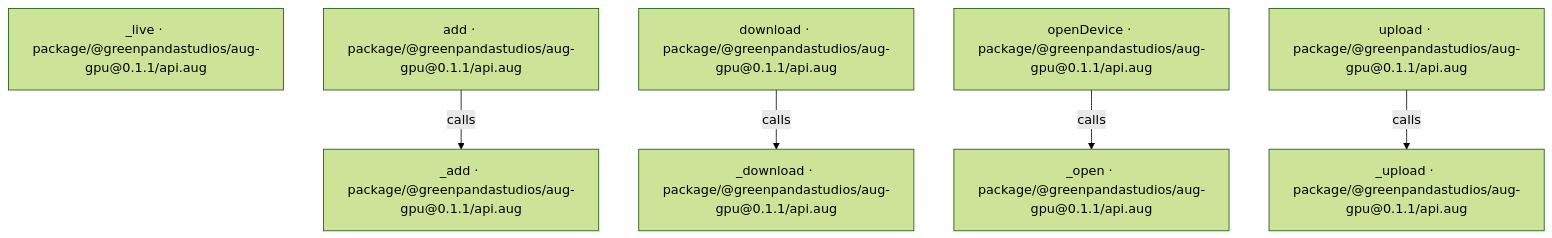
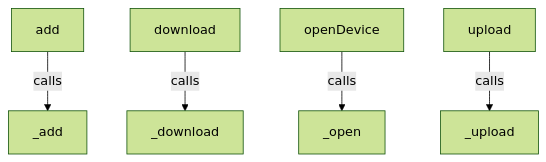
Before and after one commit to GreenPandaStudios/augscript: the first of 5 diagrams in docs/examples/native-gpu/dependencies/packages/@greenpandastudios/aug-gpu/0.1.1/api-diagrams.md, drawn with Mermaid (forest theme). The commit also changed other lines of this file and 524 other files, not shown here.

Commit message:
Explain checked data flow at folder and service levels

````diff
--- a/docs/examples/native-gpu/dependencies/packages/@greenpandastudios/aug-gpu/0.1.1/api-diagrams.md
+++ b/docs/examples/native-gpu/dependencies/packages/@greenpandastudios/aug-gpu/0.1.1/api-diagrams.md
@@ -23,16 +20,15 @@
 ```mermaid
 flowchart TD
-    n0["_add · package/@greenpandastudios/aug-gpu@0.1.1/api.aug"]
-    n1["_download · package/@greenpandastudios/aug-gpu@0.1.1/api.aug"]
-    n2["_live · package/@greenpandastudios/aug-gpu@0.1.1/api.aug"]
-    n3["_open · package/@greenpandastudios/aug-gpu@0.1.1/api.aug"]
-    n4["_upload · package/@greenpandastudios/aug-gpu@0.1.1/api.aug"]
-    n5["add · package/@greenpandastudios/aug-gpu@0.1.1/api.aug"]
-    n6["download · package/@greenpandastudios/aug-gpu@0.1.1/api.aug"]
-    n7["openDevice · package/@greenpandastudios/aug-gpu@0.1.1/api.aug"]
-    n8["upload · package/@greenpandastudios/aug-gpu@0.1.1/api.aug"]
-    n5 -->|"calls"| n0
-    n6 -->|"calls"| n1
+    n0["_add"]
+    n1["_download"]
+    n2["_open"]
+    n3["_upload"]
+    n4["add"]
+    n5["download"]
+    n6["openDevice"]
+    n7["upload"]
+    n4 -->|"calls"| n0
+    n5 -->|"calls"| n1
+    n6 -->|"calls"| n2
     n7 -->|"calls"| n3
-    n8 -->|"calls"| n4
 ```
````
